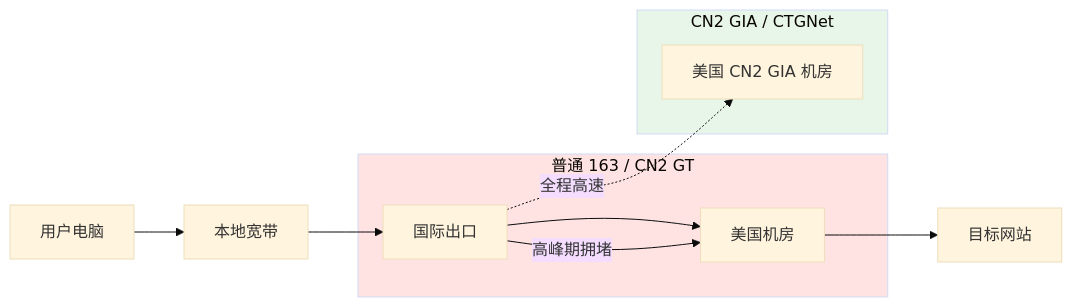
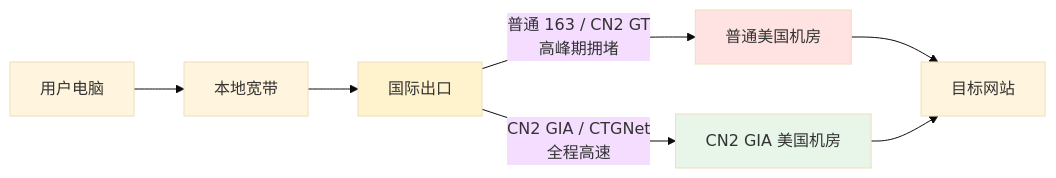
One commit to puppylpg/puppylpg.github.io changed the first of 3 diagrams in _life/2026-06-22-v2ray-bandwagon-cn2-gia-upgrade.md. Above: the diagram before and after it, drawn with Mermaid (base theme). The commit also changed other lines of this file and 1 other file, not shown here.

````diff
--- a/_life/2026-06-22-v2ray-bandwagon-cn2-gia-upgrade.md
+++ b/_life/2026-06-22-v2ray-bandwagon-cn2-gia-upgrade.md
@@ -71,18 +75,15 @@
 ```mermaid
 flowchart LR
     A[用户电脑] --> B[本地宽带]
     B --> C[国际出口]
-    C --> D[美国机房]
-    D --> E[目标网站]
-    
-    subgraph 普通线路["普通 163 / CN2 GT"]
-        C -->|高峰期拥堵| D
-    end
-    
-    subgraph CN2_GIA["CN2 GIA / CTGNet"]
-        C -.->|全程高速| D2[美国 CN2 GIA 机房]
-    end
-    
-    style 普通线路 fill:#ffe3e3
-    style CN2_GIA fill:#e8f5e9
+
+    C -->|普通 163 / CN2 GT<br/>高峰期拥堵| D[普通美国机房]
+    C -->|CN2 GIA / CTGNet<br/>全程高速| E[CN2 GIA 美国机房]
+
+    D --> F[目标网站]
+    E --> F
+
+    style C fill:#fff3cd
+    style D fill:#ffe3e3
+    style E fill:#e8f5e9
 ```
````
